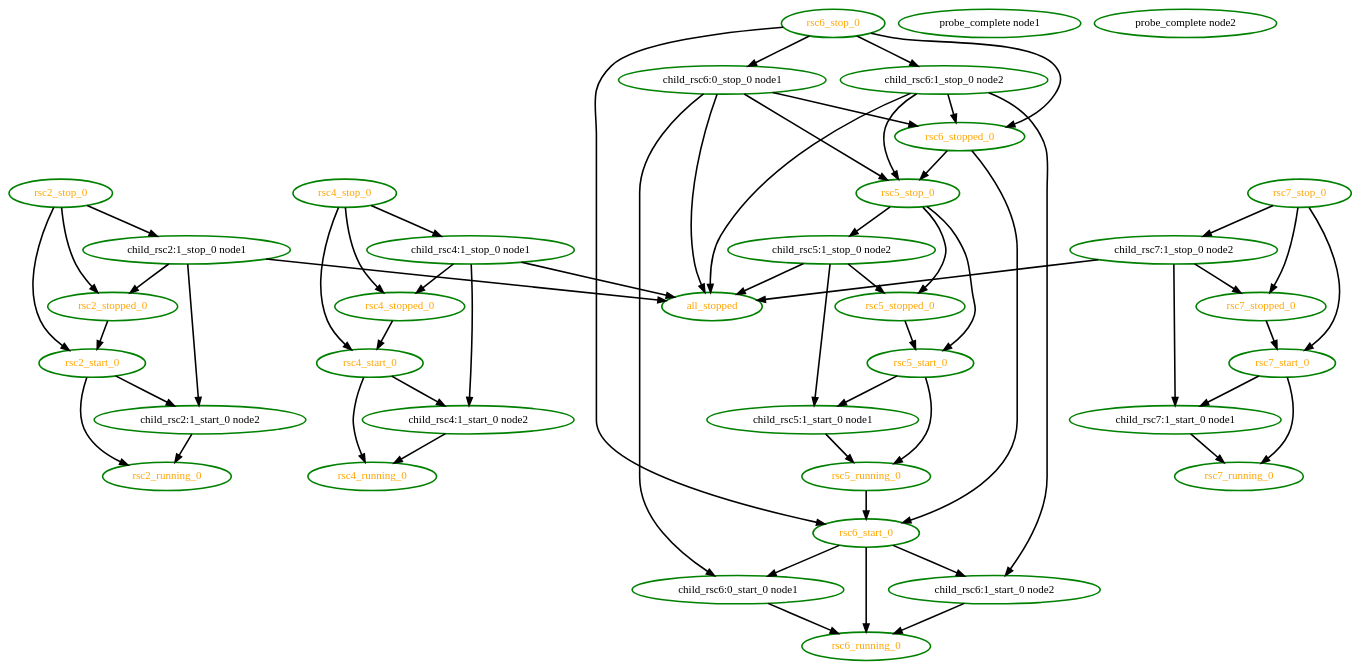
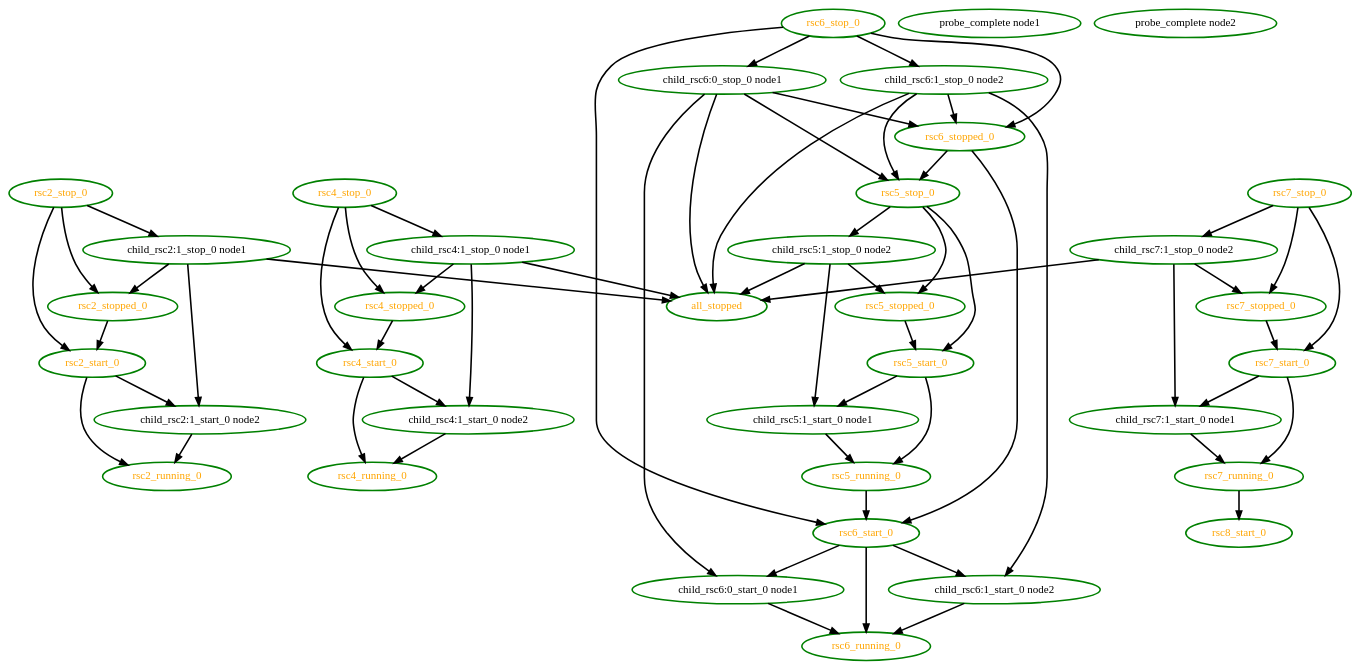
One commit to ClusterLabs/pacemaker changed the diagram in pengine/test10/inc6.dot. Above: the diagram before and after it, drawn with Graphviz. The commit also changed 8 other files, not shown here.

```diff
--- a/pengine/test10/inc6.dot
+++ b/pengine/test10/inc6.dot
@@ -1,97 +1,99 @@
  digraph "g" {
 "all_stopped" [ style=bold color="green" fontcolor="orange"  ]
 "child_rsc2:1_start_0 node2" -> "rsc2_running_0" [ style = bold]
 "child_rsc2:1_start_0 node2" [ style=bold color="green" fontcolor="black" ]
 "child_rsc2:1_stop_0 node1" -> "all_stopped" [ style = bold]
 "child_rsc2:1_stop_0 node1" -> "child_rsc2:1_start_0 node2" [ style = bold]
 "child_rsc2:1_stop_0 node1" -> "rsc2_stopped_0" [ style = bold]
 "child_rsc2:1_stop_0 node1" [ style=bold color="green" fontcolor="black" ]
 "child_rsc4:1_start_0 node2" -> "rsc4_running_0" [ style = bold]
 "child_rsc4:1_start_0 node2" [ style=bold color="green" fontcolor="black" ]
 "child_rsc4:1_stop_0 node1" -> "all_stopped" [ style = bold]
 "child_rsc4:1_stop_0 node1" -> "child_rsc4:1_start_0 node2" [ style = bold]
 "child_rsc4:1_stop_0 node1" -> "rsc4_stopped_0" [ style = bold]
 "child_rsc4:1_stop_0 node1" [ style=bold color="green" fontcolor="black" ]
 "child_rsc5:1_start_0 node1" -> "rsc5_running_0" [ style = bold]
 "child_rsc5:1_start_0 node1" [ style=bold color="green" fontcolor="black" ]
 "child_rsc5:1_stop_0 node2" -> "all_stopped" [ style = bold]
 "child_rsc5:1_stop_0 node2" -> "child_rsc5:1_start_0 node1" [ style = bold]
 "child_rsc5:1_stop_0 node2" -> "rsc5_stopped_0" [ style = bold]
 "child_rsc5:1_stop_0 node2" [ style=bold color="green" fontcolor="black"  ]
 "child_rsc6:0_start_0 node1" -> "rsc6_running_0" [ style = bold]
 "child_rsc6:0_start_0 node1" [ style=bold color="green" fontcolor="black"  ]
 "child_rsc6:0_stop_0 node1" -> "all_stopped" [ style = bold]
 "child_rsc6:0_stop_0 node1" -> "child_rsc6:0_start_0 node1" [ style = bold]
 "child_rsc6:0_stop_0 node1" -> "rsc5_stop_0" [ style = bold]
 "child_rsc6:0_stop_0 node1" -> "rsc6_stopped_0" [ style = bold]
 "child_rsc6:0_stop_0 node1" [ style=bold color="green" fontcolor="black"  ]
 "child_rsc6:1_start_0 node2" -> "rsc6_running_0" [ style = bold]
 "child_rsc6:1_start_0 node2" [ style=bold color="green" fontcolor="black"  ]
 "child_rsc6:1_stop_0 node2" -> "all_stopped" [ style = bold]
 "child_rsc6:1_stop_0 node2" -> "child_rsc6:1_start_0 node2" [ style = bold]
 "child_rsc6:1_stop_0 node2" -> "rsc5_stop_0" [ style = bold]
 "child_rsc6:1_stop_0 node2" -> "rsc6_stopped_0" [ style = bold]
 "child_rsc6:1_stop_0 node2" [ style=bold color="green" fontcolor="black"  ]
 "child_rsc7:1_start_0 node1" -> "rsc7_running_0" [ style = bold]
 "child_rsc7:1_start_0 node1" [ style=bold color="green" fontcolor="black" ]
 "child_rsc7:1_stop_0 node2" -> "all_stopped" [ style = bold]
 "child_rsc7:1_stop_0 node2" -> "child_rsc7:1_start_0 node1" [ style = bold]
 "child_rsc7:1_stop_0 node2" -> "rsc7_stopped_0" [ style = bold]
 "child_rsc7:1_stop_0 node2" [ style=bold color="green" fontcolor="black" ]
 "probe_complete node1" [ style=bold color="green" fontcolor="black" ]
 "probe_complete node2" [ style=bold color="green" fontcolor="black" ]
 "rsc2_running_0" [ style=bold color="green" fontcolor="orange" ]
 "rsc2_start_0" -> "child_rsc2:1_start_0 node2" [ style = bold]
 "rsc2_start_0" -> "rsc2_running_0" [ style = bold]
 "rsc2_start_0" [ style=bold color="green" fontcolor="orange" ]
 "rsc2_stop_0" -> "child_rsc2:1_stop_0 node1" [ style = bold]
 "rsc2_stop_0" -> "rsc2_start_0" [ style = bold]
 "rsc2_stop_0" -> "rsc2_stopped_0" [ style = bold]
 "rsc2_stop_0" [ style=bold color="green" fontcolor="orange" ]
 "rsc2_stopped_0" -> "rsc2_start_0" [ style = bold]
 "rsc2_stopped_0" [ style=bold color="green" fontcolor="orange" ]
 "rsc4_running_0" [ style=bold color="green" fontcolor="orange" ]
 "rsc4_start_0" -> "child_rsc4:1_start_0 node2" [ style = bold]
 "rsc4_start_0" -> "rsc4_running_0" [ style = bold]
 "rsc4_start_0" [ style=bold color="green" fontcolor="orange" ]
 "rsc4_stop_0" -> "child_rsc4:1_stop_0 node1" [ style = bold]
 "rsc4_stop_0" -> "rsc4_start_0" [ style = bold]
 "rsc4_stop_0" -> "rsc4_stopped_0" [ style = bold]
 "rsc4_stop_0" [ style=bold color="green" fontcolor="orange" ]
 "rsc4_stopped_0" -> "rsc4_start_0" [ style = bold]
 "rsc4_stopped_0" [ style=bold color="green" fontcolor="orange" ]
 "rsc5_running_0" -> "rsc6_start_0" [ style = bold]
 "rsc5_running_0" [ style=bold color="green" fontcolor="orange" ]
 "rsc5_start_0" -> "child_rsc5:1_start_0 node1" [ style = bold]
 "rsc5_start_0" -> "rsc5_running_0" [ style = bold]
 "rsc5_start_0" [ style=bold color="green" fontcolor="orange" ]
 "rsc5_stop_0" -> "child_rsc5:1_stop_0 node2" [ style = bold]
 "rsc5_stop_0" -> "rsc5_start_0" [ style = bold]
 "rsc5_stop_0" -> "rsc5_stopped_0" [ style = bold]
 "rsc5_stop_0" [ style=bold color="green" fontcolor="orange" ]
 "rsc5_stopped_0" -> "rsc5_start_0" [ style = bold]
 "rsc5_stopped_0" [ style=bold color="green" fontcolor="orange" ]
 "rsc6_running_0" [ style=bold color="green" fontcolor="orange"  ]
 "rsc6_start_0" -> "child_rsc6:0_start_0 node1" [ style = bold]
 "rsc6_start_0" -> "child_rsc6:1_start_0 node2" [ style = bold]
 "rsc6_start_0" -> "rsc6_running_0" [ style = bold]
 "rsc6_start_0" [ style=bold color="green" fontcolor="orange" ]
 "rsc6_stop_0" -> "child_rsc6:0_stop_0 node1" [ style = bold]
 "rsc6_stop_0" -> "child_rsc6:1_stop_0 node2" [ style = bold]
 "rsc6_stop_0" -> "rsc6_start_0" [ style = bold]
 "rsc6_stop_0" -> "rsc6_stopped_0" [ style = bold]
 "rsc6_stop_0" [ style=bold color="green" fontcolor="orange"  ]
 "rsc6_stopped_0" -> "rsc5_stop_0" [ style = bold]
 "rsc6_stopped_0" -> "rsc6_start_0" [ style = bold]
 "rsc6_stopped_0" [ style=bold color="green" fontcolor="orange"  ]
+"rsc7_running_0" -> "rsc8_start_0" [ style = bold]
 "rsc7_running_0" [ style=bold color="green" fontcolor="orange" ]
 "rsc7_start_0" -> "child_rsc7:1_start_0 node1" [ style = bold]
 "rsc7_start_0" -> "rsc7_running_0" [ style = bold]
 "rsc7_start_0" [ style=bold color="green" fontcolor="orange" ]
 "rsc7_stop_0" -> "child_rsc7:1_stop_0 node2" [ style = bold]
 "rsc7_stop_0" -> "rsc7_start_0" [ style = bold]
 "rsc7_stop_0" -> "rsc7_stopped_0" [ style = bold]
 "rsc7_stop_0" [ style=bold color="green" fontcolor="orange" ]
 "rsc7_stopped_0" -> "rsc7_start_0" [ style = bold]
 "rsc7_stopped_0" [ style=bold color="green" fontcolor="orange" ]
+"rsc8_start_0" [ style=bold color="green" fontcolor="orange"  ]
 }
```
